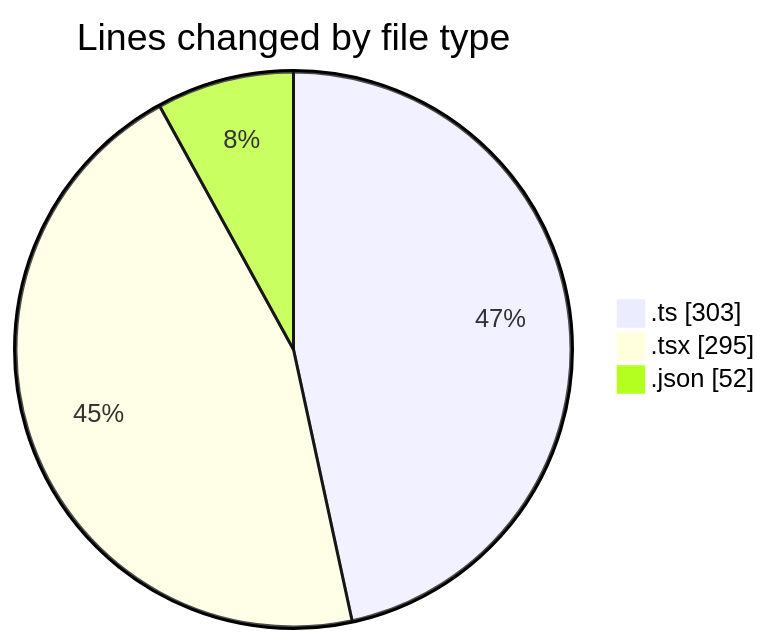
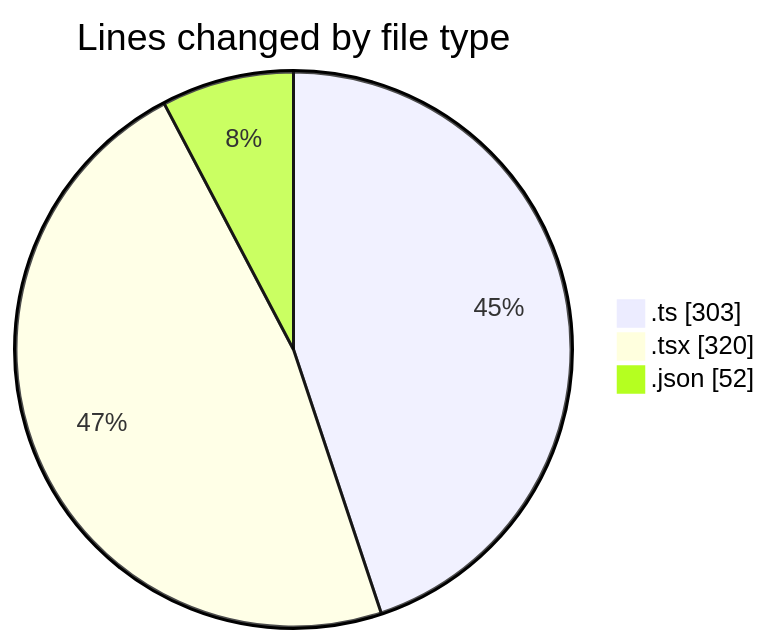
Before and after one commit to julien-gomy/code-tracking: the first of 2 diagrams in 2025-11-24/eventscop-frontend-guide__workspace_/README.md, drawn with Mermaid. The commit also changed other lines of this file and 1 other file, not shown here.

````diff
--- a/2025-11-24/eventscop-frontend-guide__workspace_/README.md
+++ b/2025-11-24/eventscop-frontend-guide__workspace_/README.md
@@ -30,7 +31,7 @@
 ```mermaid
 pie showData
 title Lines changed by file type
 ".ts" : 303
-".tsx" : 295
+".tsx" : 320
 ".json" : 52
 ```
````
